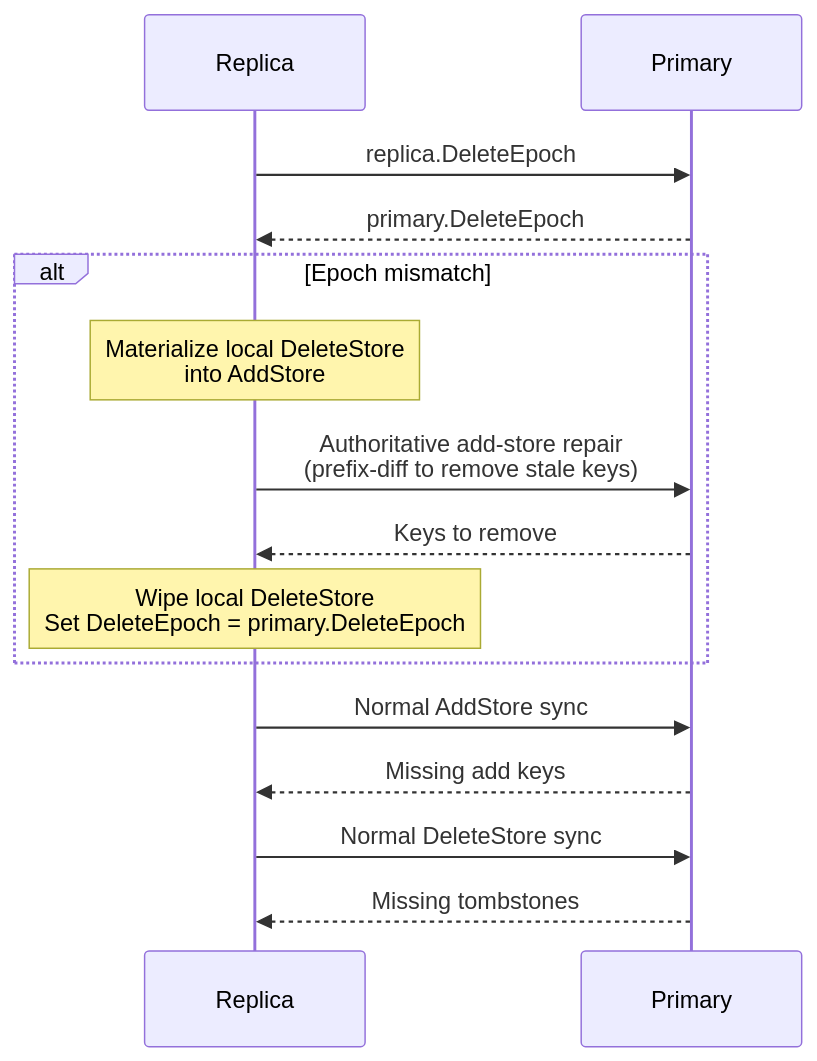
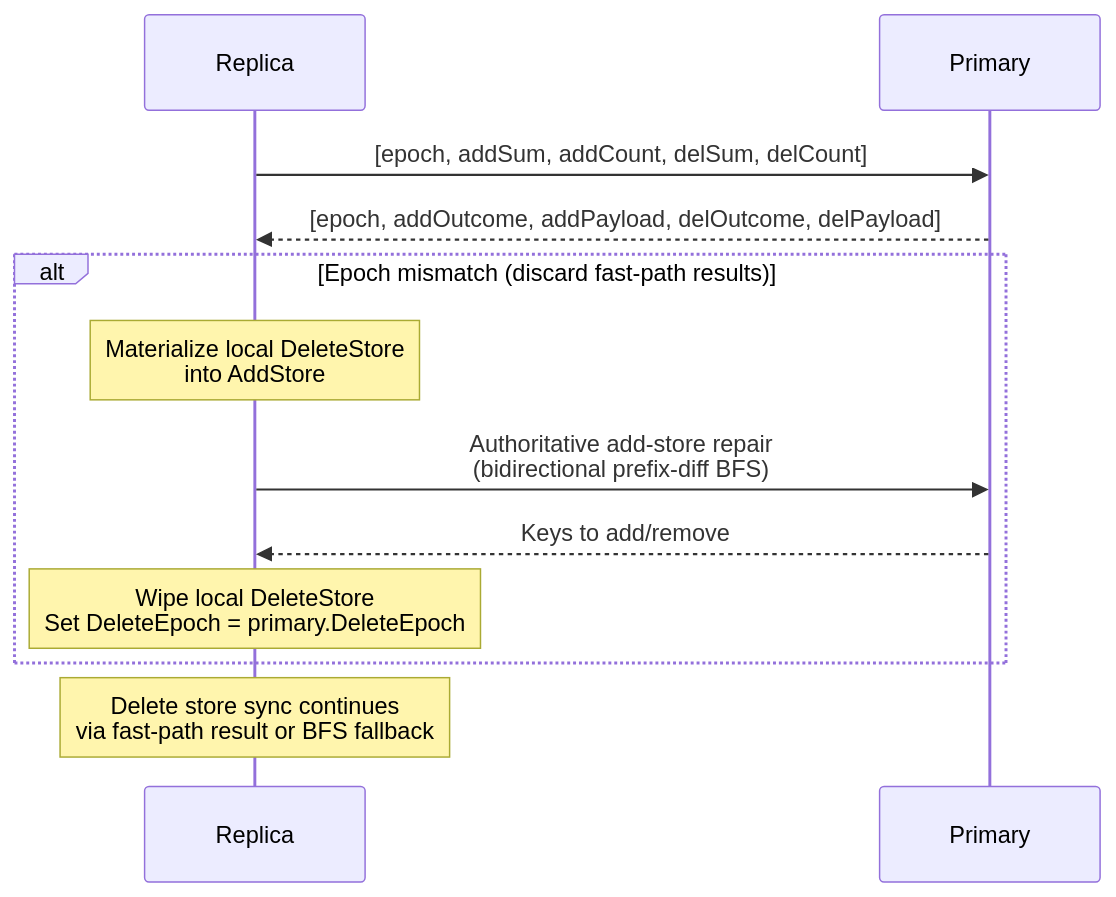
One commit to arj03/setsum-cs changed the eighth of 8 diagrams in SetSum/Sync/README.md. Above: the diagram before and after it, drawn with Mermaid. The commit also changed other lines of this file and 5 other files, not shown here.

First line of the commit message:
Optimization 1 — Combined leaf + expansion per BFS level:   - Merged the two separate RT blocks (leaf resolution + expansion) into a single RoundTrips++ per BFS iteration, mirroring the pattern from EpochRepair.cs   - Fallback deferrals feed directly into the expansion pass within the same RT

````diff
--- a/SetSum/Sync/README.md
+++ b/SetSum/Sync/README.md
@@ -307,20 +305,17 @@
 ```mermaid
 sequenceDiagram
     participant R as Replica
     participant P as Primary
 
-    R->>P: replica.DeleteEpoch
-    P-->>R: primary.DeleteEpoch
+    R->>P: [epoch, addSum, addCount, delSum, delCount]
+    P-->>R: [epoch, addOutcome, addPayload, delOutcome, delPayload]
 
-    alt Epoch mismatch
+    alt Epoch mismatch (discard fast-path results)
         Note over R: Materialize local DeleteStore<br/>into AddStore
-        R->>P: Authoritative add-store repair<br/>(prefix-diff to remove stale keys)
-        P-->>R: Keys to remove
+        R->>P: Authoritative add-store repair<br/>(bidirectional prefix-diff BFS)
+        P-->>R: Keys to add/remove
         Note over R: Wipe local DeleteStore<br/>Set DeleteEpoch = primary.DeleteEpoch
     end
 
-    R->>P: Normal AddStore sync
-    P-->>R: Missing add keys
-    R->>P: Normal DeleteStore sync
-    P-->>R: Missing tombstones
+    Note over R: Delete store sync continues<br/>via fast-path result or BFS fallback
 ```
````
